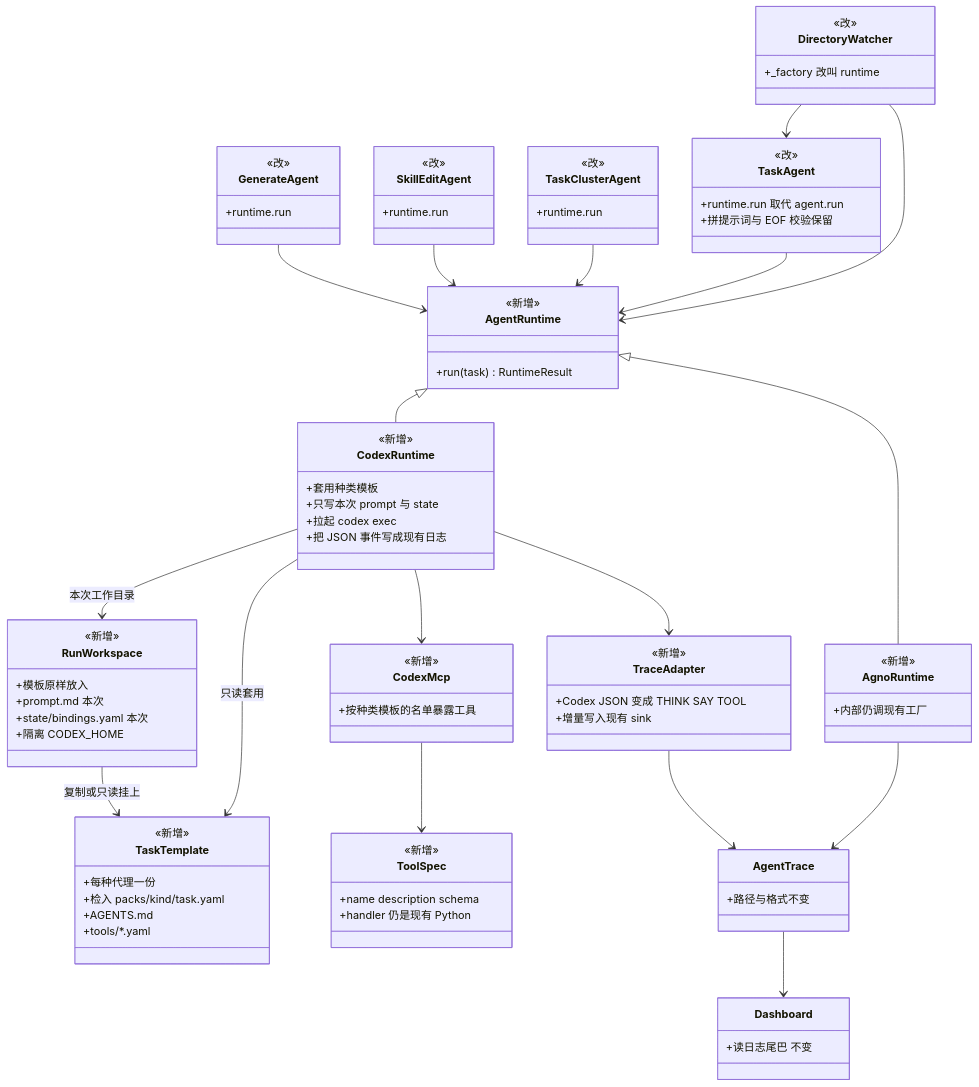
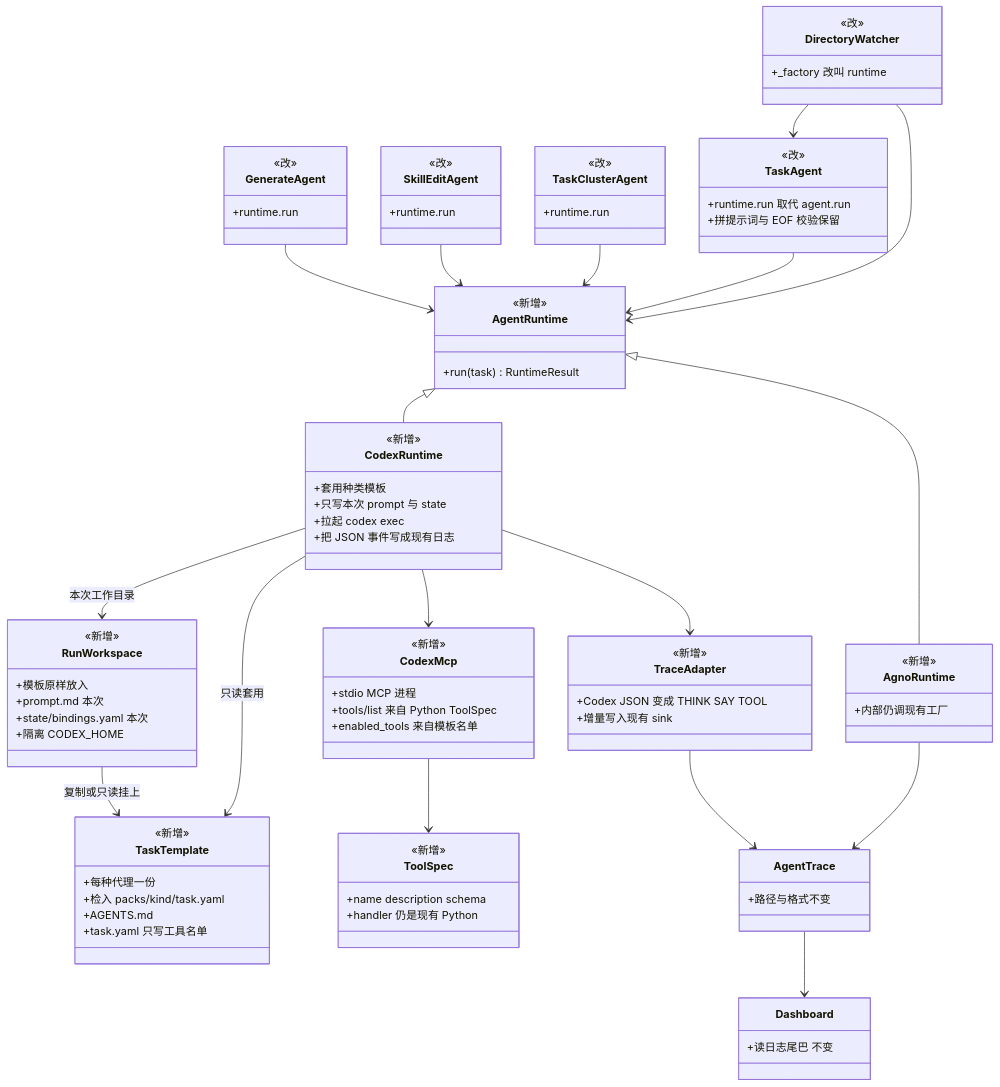
One commit to SkillNerds/xskill changed the second of 6 diagrams in docs/plans/2026-09-01-codex-execution-kernel.md. Above: the diagram before and after it, drawn with Mermaid. The commit also changed other lines of this file, not shown here.

First line of the commit message:
docs: 写明工具经 MCP 注入，Codex 不读 tools/*.yaml

```diff
--- a/docs/plans/2026-09-01-codex-execution-kernel.md
+++ b/docs/plans/2026-09-01-codex-execution-kernel.md
@@ -198,7 +198,7 @@
         +每种代理一份
         +检入 packs/kind/task.yaml
         +AGENTS.md
-        +tools/*.yaml
+        +task.yaml 只写工具名单
     }
     class RunWorkspace {
         <<新增>>
@@ -214,7 +214,9 @@
     }
     class CodexMcp {
         <<新增>>
-        +按种类模板的名单暴露工具
+        +stdio MCP 进程
+        +tools/list 来自 Python ToolSpec
+        +enabled_tools 来自模板名单
     }
     class TraceAdapter {
         <<新增>>
```
